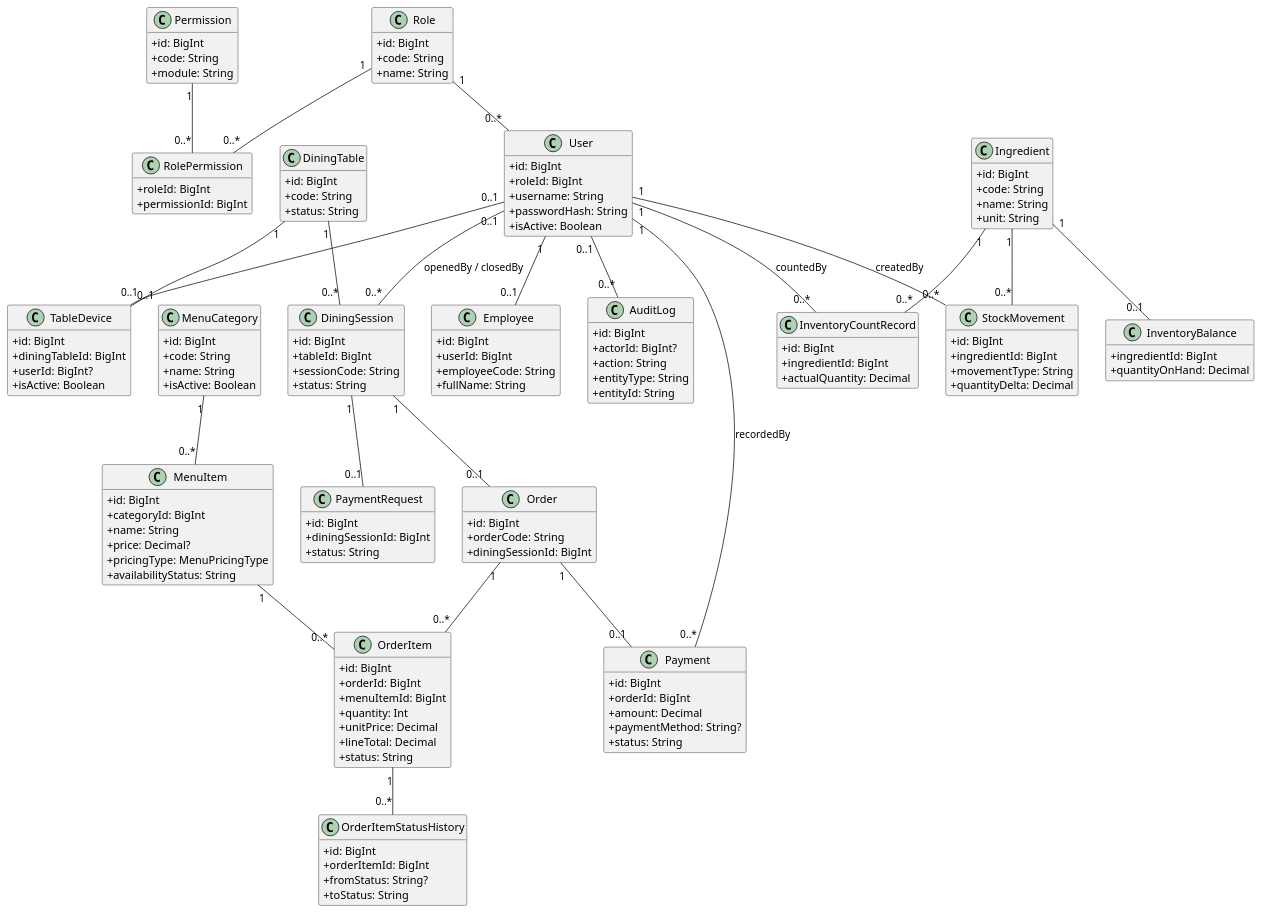
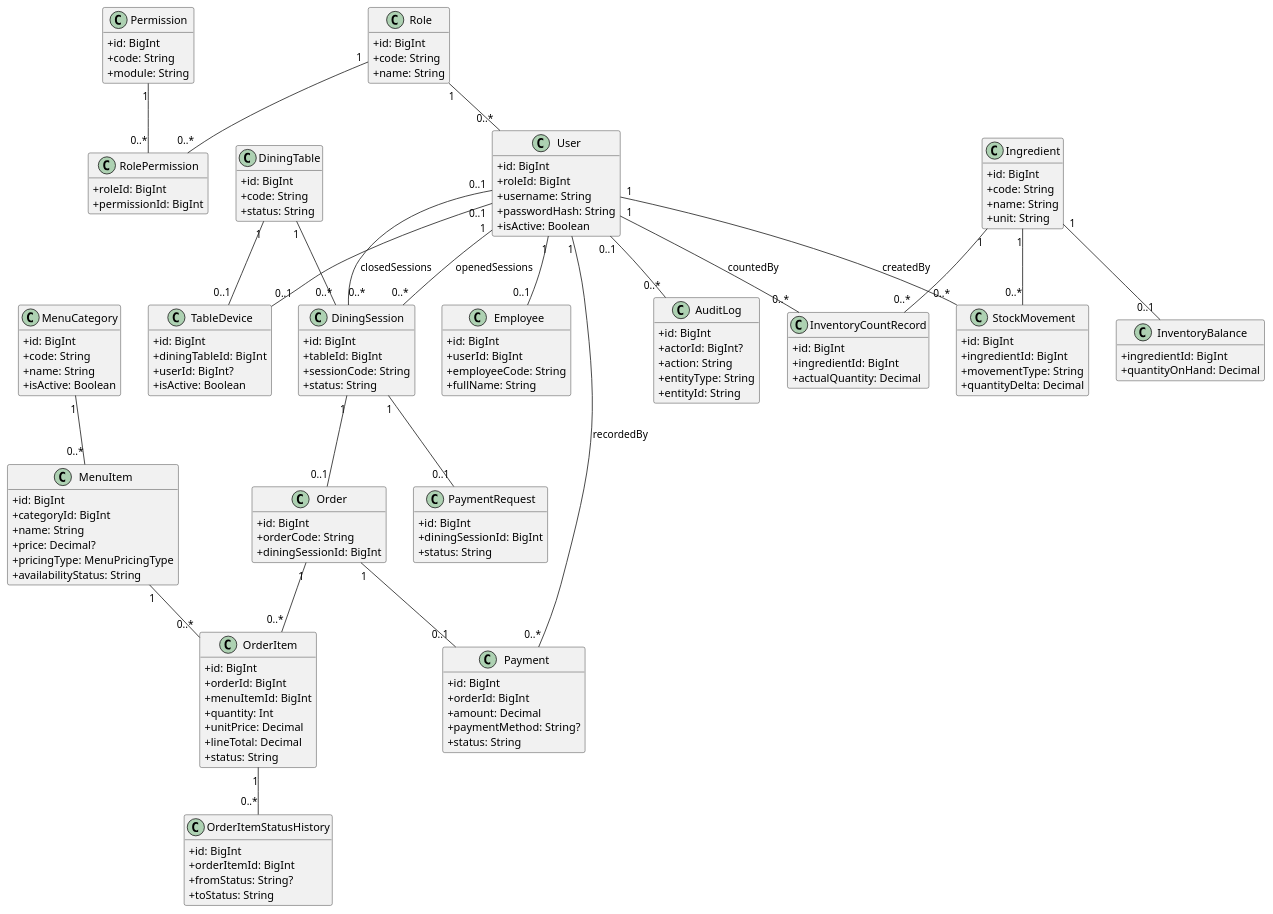
Before and after one commit to NTMHuy/ResMan: the ninth of 10 diagrams in docs/analysis/system-design.md, drawn with PlantUML.

Commit message:
docs: align session actor relationships with Prisma schema

```diff
--- a/docs/analysis/system-design.md
+++ b/docs/analysis/system-design.md
@@ -490,7 +490,8 @@
 User "0..1" -- "0..1" TableDevice
 DiningTable "1" -- "0..1" TableDevice
 DiningTable "1" -- "0..*" DiningSession
-User "0..1" -- "0..*" DiningSession : openedBy / closedBy
+User "1" -- "0..*" DiningSession : openedSessions
+User "0..1" -- "0..*" DiningSession : closedSessions
 DiningSession "1" -- "0..1" Order
 Order "1" -- "0..*" OrderItem
 MenuCategory "1" -- "0..*" MenuItem
```
